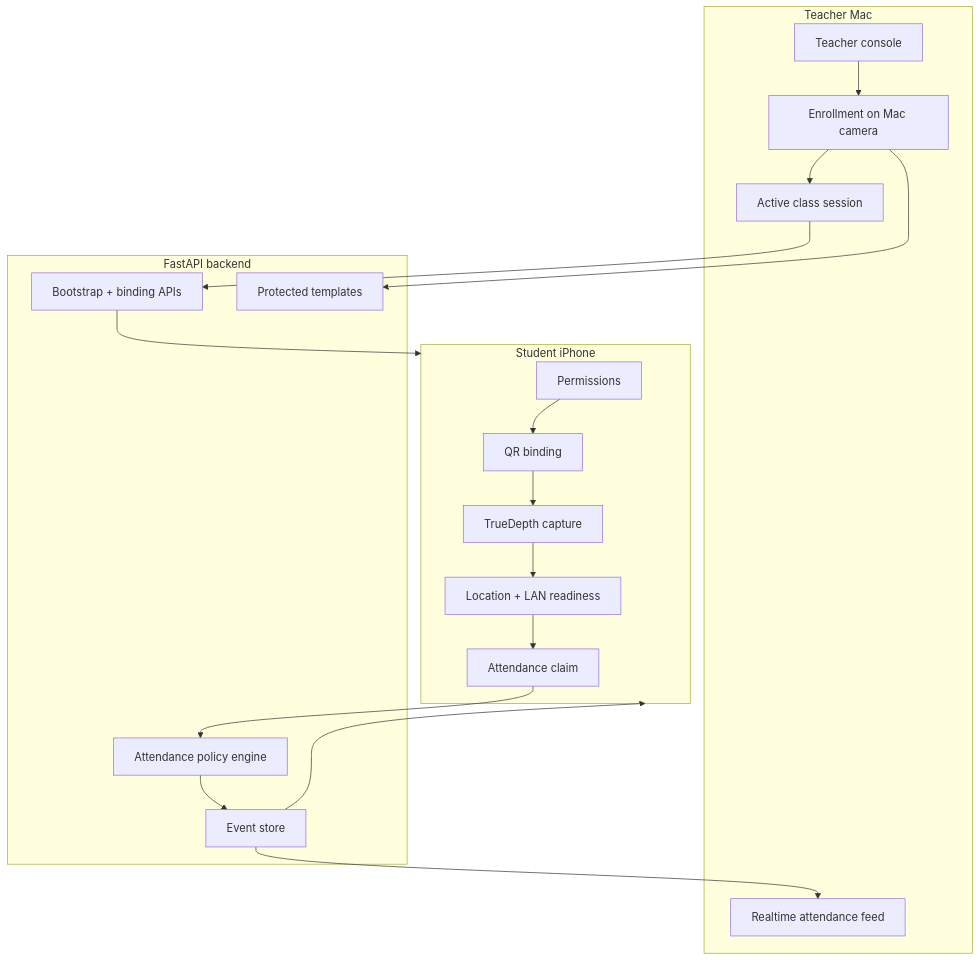
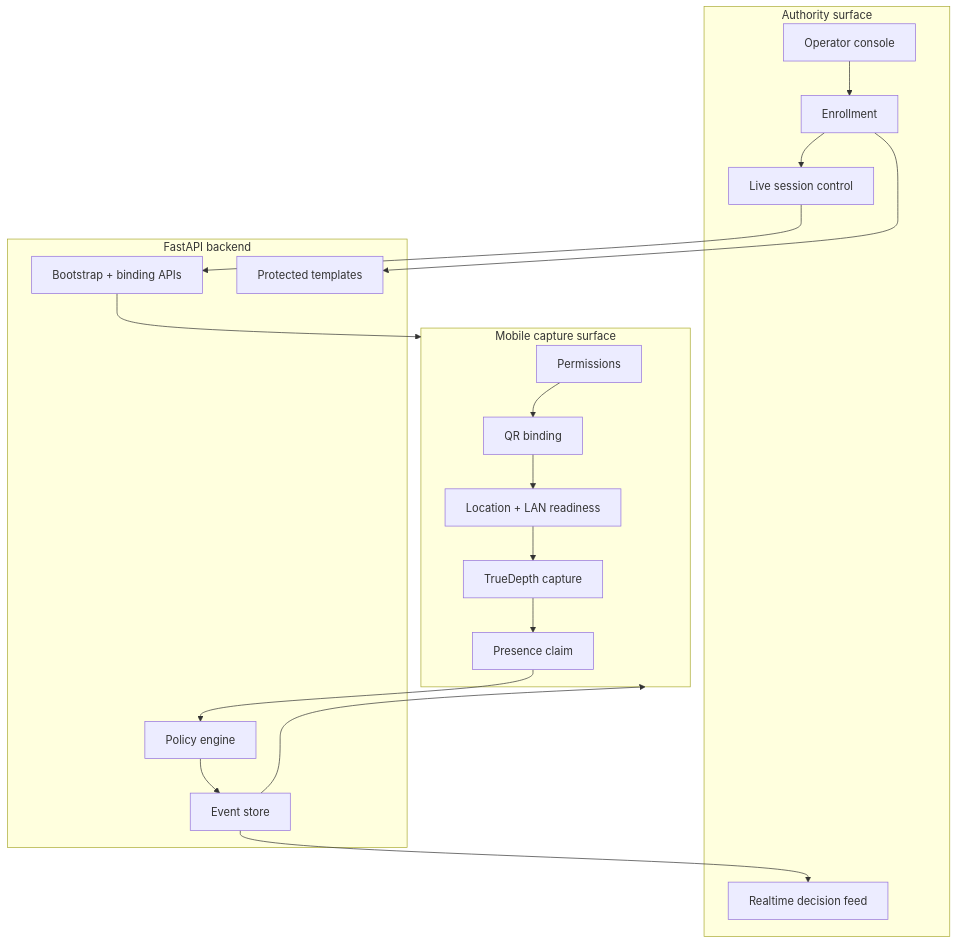
One commit to bozliu/truepresence changed the second of 2 diagrams in README.md. Above: the diagram before and after it, drawn with Mermaid. The commit also changed other lines of this file and 7 other files, not shown here.

````diff
--- a/README.md
+++ b/README.md
@@ -68,34 +114,34 @@
 ```mermaid
 flowchart TB
-    subgraph Student["Student iPhone"]
+    subgraph Mobile["Mobile capture surface"]
         A["Permissions"]
         B["QR binding"]
-        C["TrueDepth capture"]
-        D["Location + LAN readiness"]
-        E["Attendance claim"]
+        C["Location + LAN readiness"]
+        D["TrueDepth capture"]
+        E["Presence claim"]
     end
 
-    subgraph Teacher["Teacher Mac"]
-        F["Teacher console"]
-        G["Enrollment on Mac camera"]
-        H["Active class session"]
-        I["Realtime attendance feed"]
+    subgraph Authority["Authority surface"]
+        F["Operator console"]
+        G["Enrollment"]
+        H["Live session control"]
+        I["Realtime decision feed"]
     end
 
     subgraph Backend["FastAPI backend"]
         J["Bootstrap + binding APIs"]
-        K["Attendance policy engine"]
+        K["Policy engine"]
         L["Protected templates"]
         M["Event store"]
     end
 
     A --> B --> C --> D --> E
     F --> G --> H
     G --> L
     H --> J
     E --> K
-    J --> Student
+    J --> Mobile
     K --> M
     M --> I
-    M --> Student
+    M --> Mobile
 ```
````
